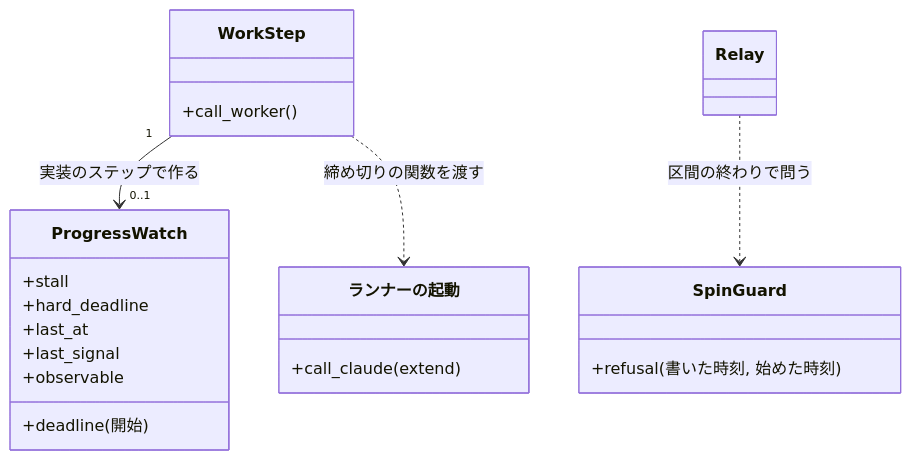
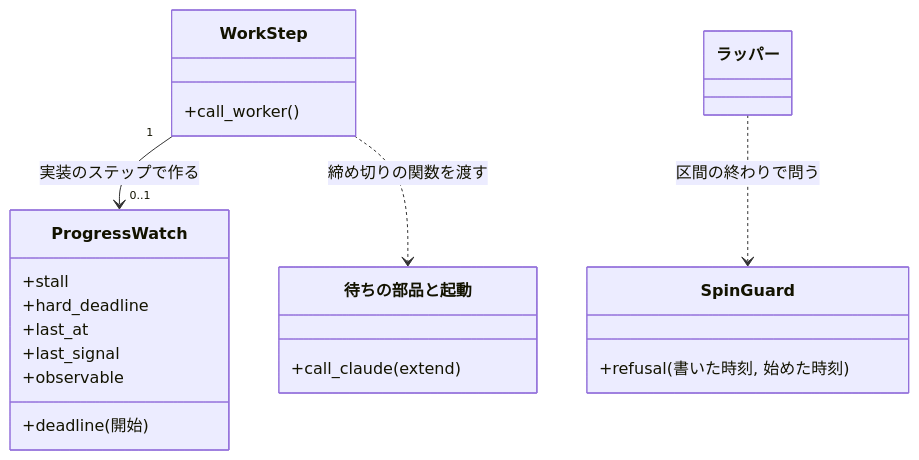
Before and after one commit to devbasex/ai-plugins: the fourth of 6 diagrams in issues/issue-2505-design.md, drawn with Mermaid. The commit also changed other lines of this file and 2 other files, not shown here.

````diff
--- a/issues/issue-2505-design.md
+++ b/issues/issue-2505-design.md
@@ -253,23 +294,23 @@
 ```mermaid
 classDiagram
     class ProgressWatch {
         +stall
         +hard_deadline
         +last_at
         +last_signal
         +observable
         +deadline(開始)
     }
     class WorkStep {
         +call_worker()
     }
     class SpinGuard {
         +refusal(書いた時刻, 始めた時刻)
     }
-    class ランナーの起動 {
+    class 待ちの部品と起動 {
         +call_claude(extend)
     }
     WorkStep "1" --> "0..1" ProgressWatch : 実装のステップで作る
-    WorkStep ..> ランナーの起動 : 締め切りの関数を渡す
-    Relay ..> SpinGuard : 区間の終わりで問う
+    WorkStep ..> 待ちの部品と起動 : 締め切りの関数を渡す
+    ラッパー ..> SpinGuard : 区間の終わりで問う
 ```
````
